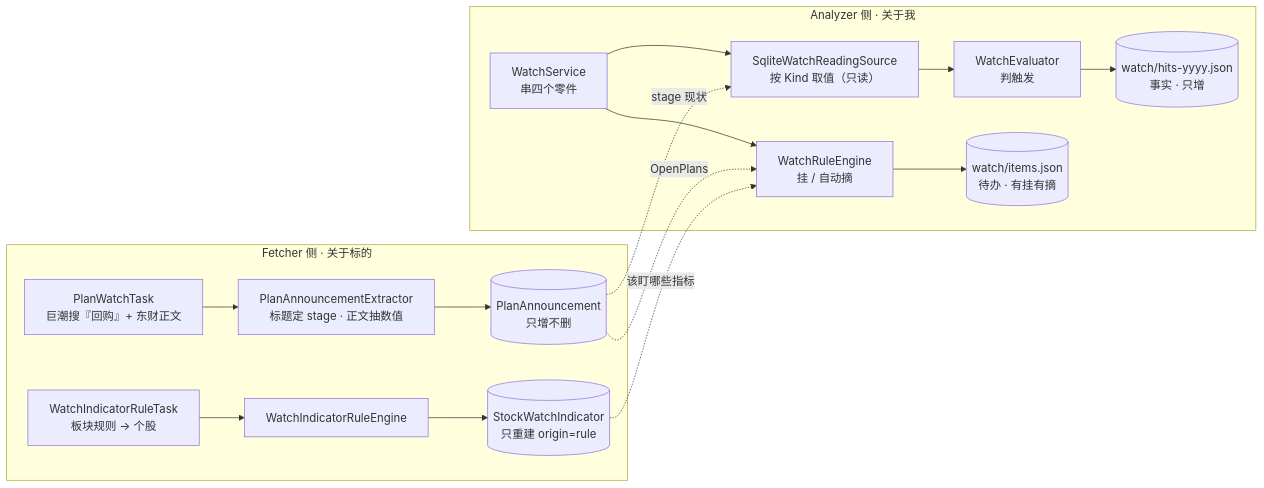
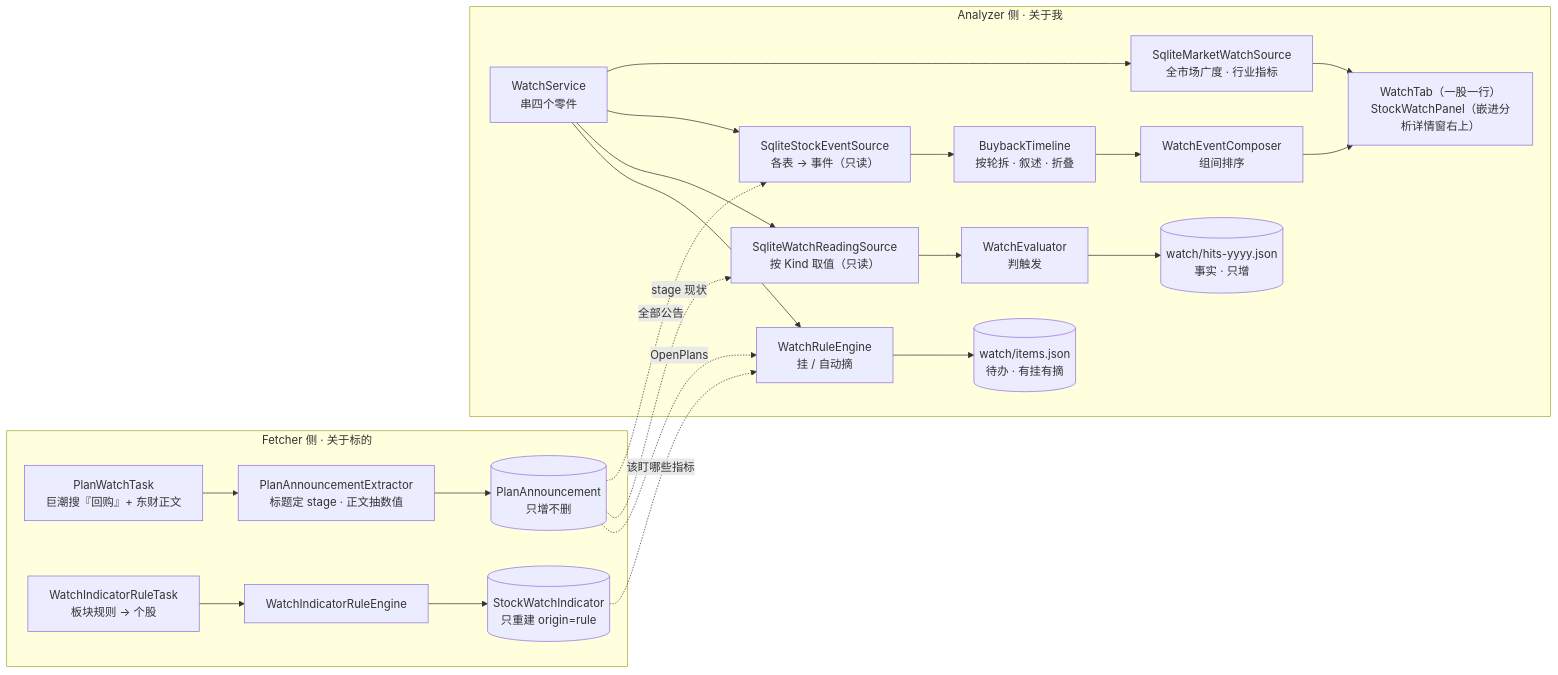
Before and after one commit to lcq9732/stock: the fourth of 9 diagrams in doc/solution-class-map.md, drawn with Mermaid. The commit also changed other lines of this file and 42 other files, not shown here.

````diff
--- a/doc/solution-class-map.md
+++ b/doc/solution-class-map.md
@@ -265,26 +285,34 @@
 ```mermaid
 flowchart LR
   subgraph F["Fetcher 侧 · 关于标的"]
     PW["PlanWatchTask<br/>巨潮搜『回购』+ 东财正文"]
     EX["PlanAnnouncementExtractor<br/>标题定 stage · 正文抽数值"]
     PA[("PlanAnnouncement<br/>只增不删")]
     WI["WatchIndicatorRuleTask<br/>板块规则 → 个股"]
     RE["WatchIndicatorRuleEngine"]
     SWI[("StockWatchIndicator<br/>只重建 origin=rule")]
     PW --> EX --> PA
     WI --> RE --> SWI
   end
   subgraph A["Analyzer 侧 · 关于我"]
     WS["WatchService<br/>串四个零件"]
     WRE["WatchRuleEngine<br/>挂 / 自动摘"]
     WEV["WatchEvaluator<br/>判触发"]
     RS["SqliteWatchReadingSource<br/>按 Kind 取值（只读）"]
     IT[("watch/items.json<br/>待办 · 有挂有摘")]
     HT[("watch/hits-yyyy.json<br/>事实 · 只增")]
+    ES["SqliteStockEventSource<br/>各表 → 事件（只读）"]
+    BT["BuybackTimeline<br/>按轮拆 · 叙述 · 折叠"]
+    CP["WatchEventComposer<br/>组间排序"]
+    MK["SqliteMarketWatchSource<br/>全市场广度 · 行业指标"]
+    UI["WatchTab（一股一行）<br/>StockWatchPanel（嵌进分析详情窗右上）"]
     WS --> WRE --> IT
     WS --> RS --> WEV --> HT
+    WS --> ES --> BT --> CP --> UI
+    WS --> MK --> UI
   end
   PA -.OpenPlans.-> WRE
   SWI -.该盯哪些指标.-> WRE
   PA -.stage 现状.-> RS
+  PA -.全部公告.-> ES
 ```
````
